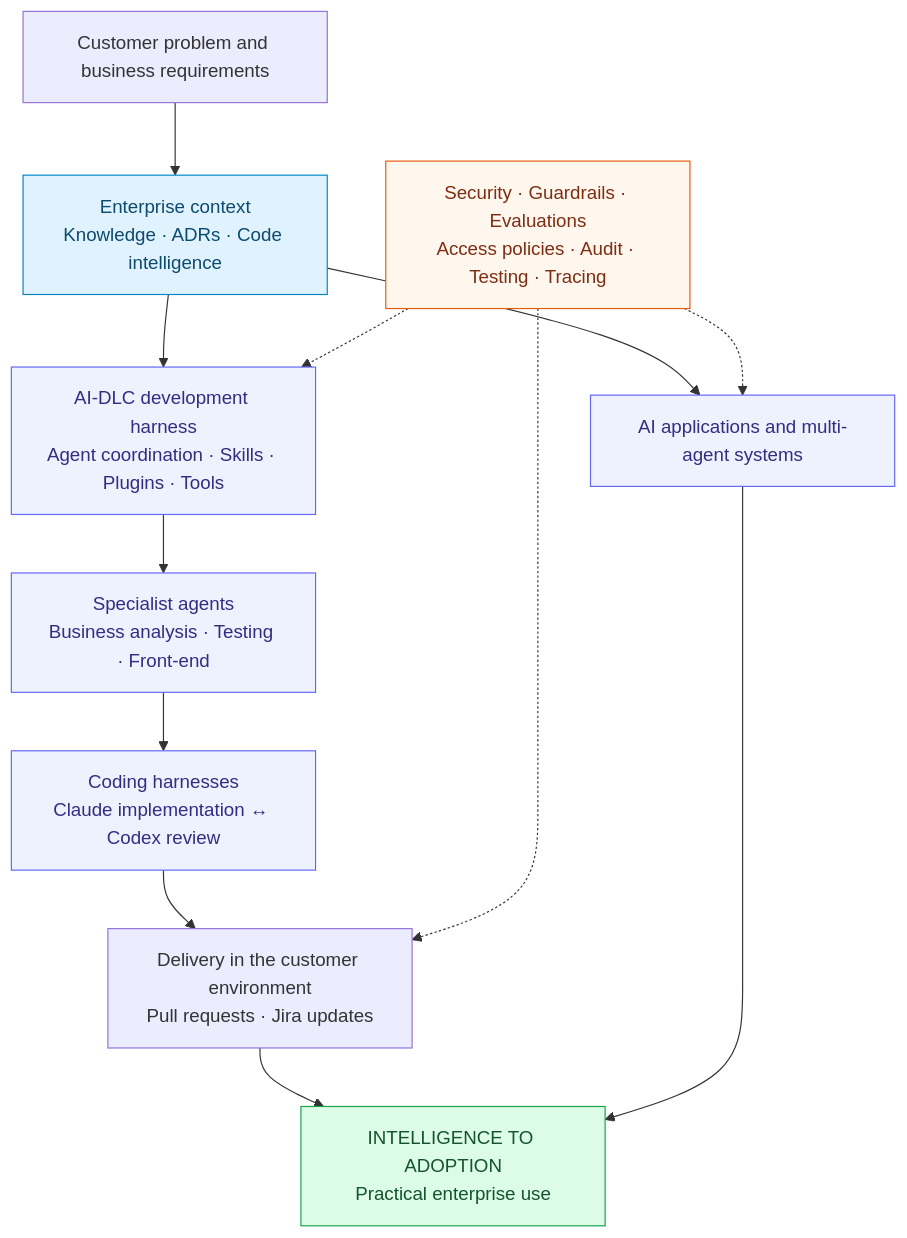
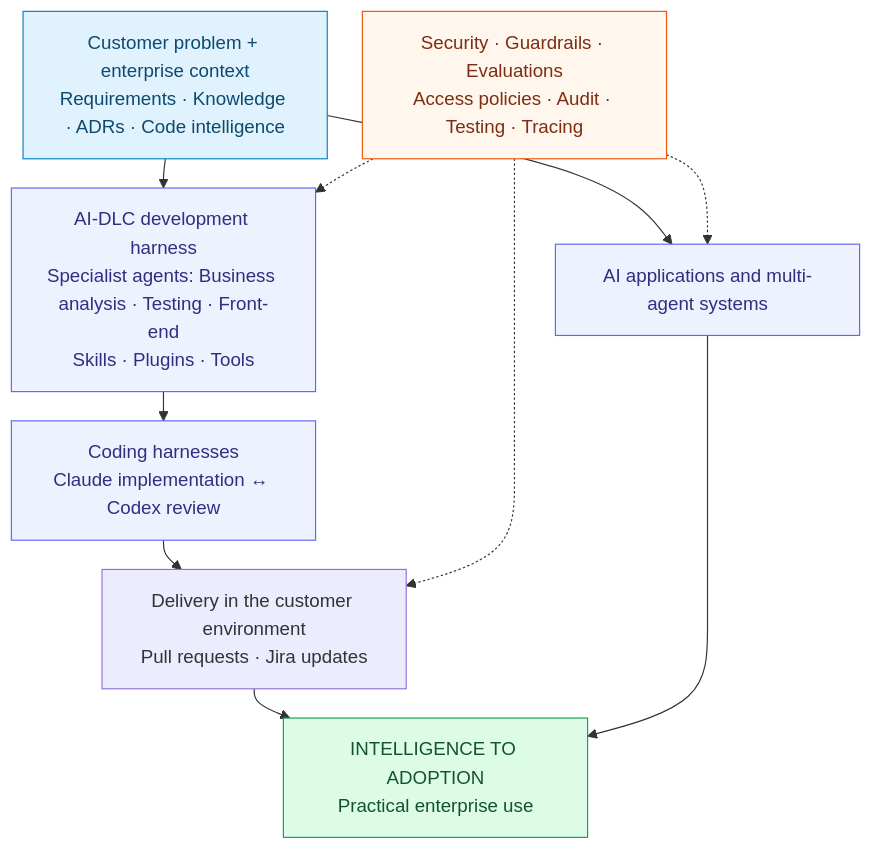
One commit to arupmmi07/arupmmi07 changed the diagram in README.md. Above: the diagram before and after it, drawn with Mermaid.

Commit message:
Make adoption diagram compact and readable on profile

````diff
--- a/README.md
+++ b/README.md
@@ -27,22 +27,22 @@
 ```mermaid
+%%{init: {"flowchart": {"rankSpacing": 25, "nodeSpacing": 30}}}%%
 flowchart TB
-    N["Customer problem and business requirements"] --> C["Enterprise context<br/>Knowledge · ADRs · Code intelligence"]
-    C --> H["AI-DLC development harness<br/>Agent coordination · Skills · Plugins · Tools"]
-    H --> S["Specialist agents<br/>Business analysis · Testing · Front-end"]
-    S --> A["Coding harnesses<br/>Claude implementation ↔ Codex review"]
+    C["Customer problem + enterprise context<br/>Requirements · Knowledge · ADRs · Code intelligence"]
+    C --> H["AI-DLC development harness<br/>Specialist agents: Business analysis · Testing · Front-end<br/>Skills · Plugins · Tools"]
+    H --> A["Coding harnesses<br/>Claude implementation ↔ Codex review"]
     A --> D["Delivery in the customer environment<br/>Pull requests · Jira updates"]
     C --> M["AI applications and multi-agent systems"]
     D --> O["INTELLIGENCE TO ADOPTION<br/>Practical enterprise use"]
     M --> O
     G["Security · Guardrails · Evaluations<br/>Access policies · Audit · Testing · Tracing"] -.-> H
     G -.-> M
     G -.-> D
     classDef context fill:#e0f2fe,stroke:#0284c7,color:#0c4a6e
     classDef harness fill:#eef2ff,stroke:#6366f1,color:#312e81
     classDef governance fill:#fff7ed,stroke:#ea580c,color:#7c2d12
     classDef outcome fill:#dcfce7,stroke:#16a34a,color:#14532d
     class C context
-    class H,S,A,M harness
+    class H,A,M harness
     class G governance
     class O outcome
 ```
````
